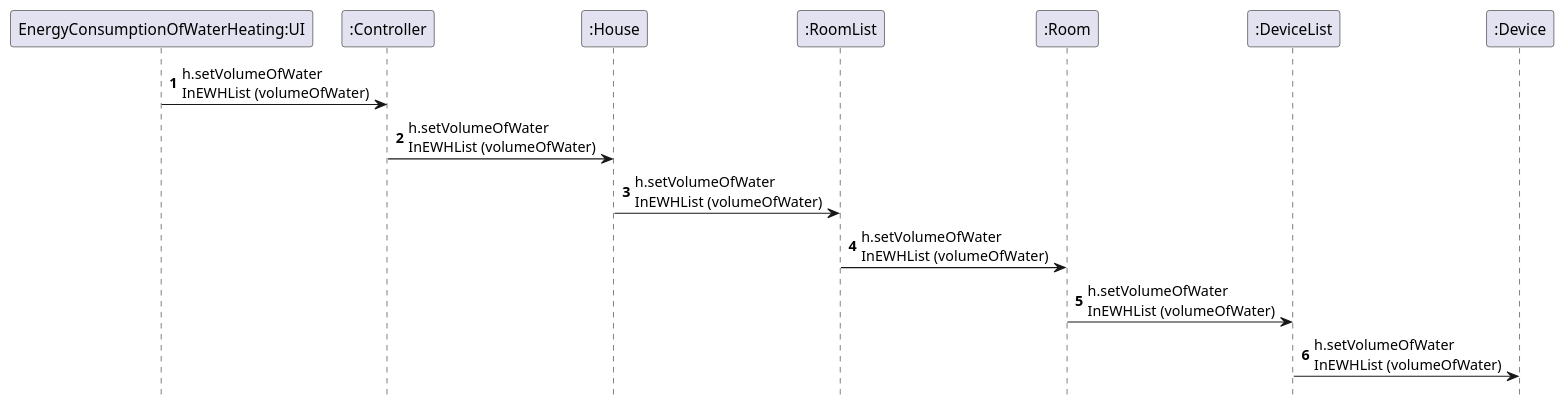
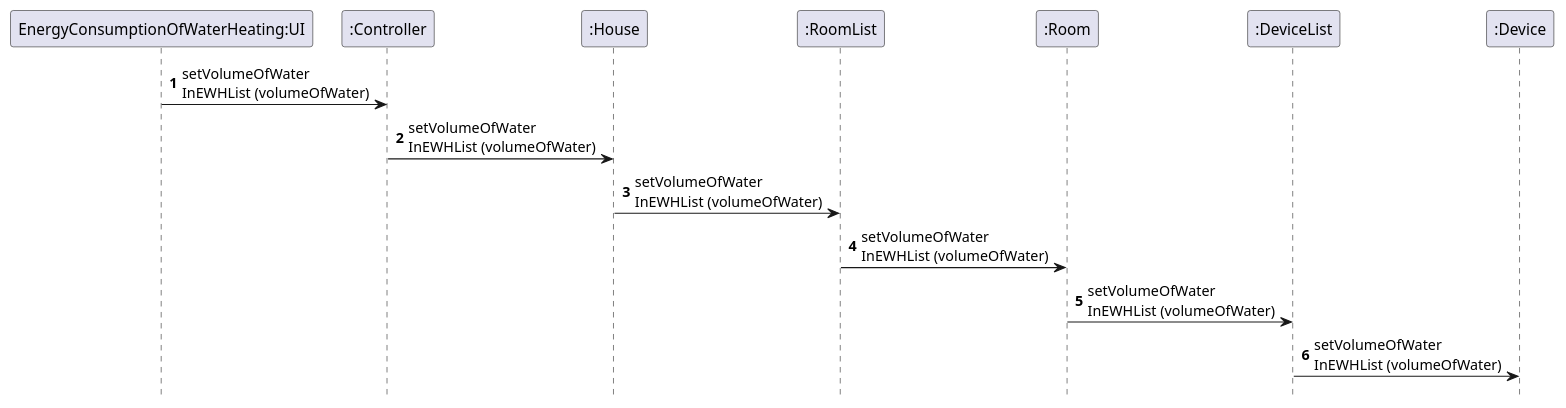
Before and after one commit to emanuel-pereira/hou: the diagram in src/main/java/smarthome/uml/sequencediagrams/EnergyConsumptionOfWaterHeatingRef2.puml, drawn with PlantUML. The commit also changed 2 other files, not shown here.

Commit message:
Correction of EnergyConsumptionOfWaterHeating sequence diagrams

```diff
--- a/src/main/java/smarthome/uml/sequencediagrams/EnergyConsumptionOfWaterHeatingRef2.puml
+++ b/src/main/java/smarthome/uml/sequencediagrams/EnergyConsumptionOfWaterHeatingRef2.puml
@@ -1,12 +1,12 @@
 @startuml
 autonumber
 hidefootbox
 
-"EnergyConsumptionOfWaterHeating:UI" -> ":Controller": h.setVolumeOfWater\nInEWHList (volumeOfWater)
-":Controller" -> ":House": h.setVolumeOfWater\nInEWHList (volumeOfWater)
-":House"->":RoomList": h.setVolumeOfWater\nInEWHList (volumeOfWater)
-":RoomList" -> ":Room": h.setVolumeOfWater\nInEWHList (volumeOfWater)
-":Room" -> ":DeviceList": h.setVolumeOfWater\nInEWHList (volumeOfWater)
-":DeviceList" -> ":Device": h.setVolumeOfWater\nInEWHList (volumeOfWater)
+"EnergyConsumptionOfWaterHeating:UI" -> ":Controller": setVolumeOfWater\nInEWHList (volumeOfWater)
+":Controller" -> ":House": setVolumeOfWater\nInEWHList (volumeOfWater)
+":House"->":RoomList": setVolumeOfWater\nInEWHList (volumeOfWater)
+":RoomList" -> ":Room": setVolumeOfWater\nInEWHList (volumeOfWater)
+":Room" -> ":DeviceList": setVolumeOfWater\nInEWHList (volumeOfWater)
+":DeviceList" -> ":Device": setVolumeOfWater\nInEWHList (volumeOfWater)
 
 @enduml
```
